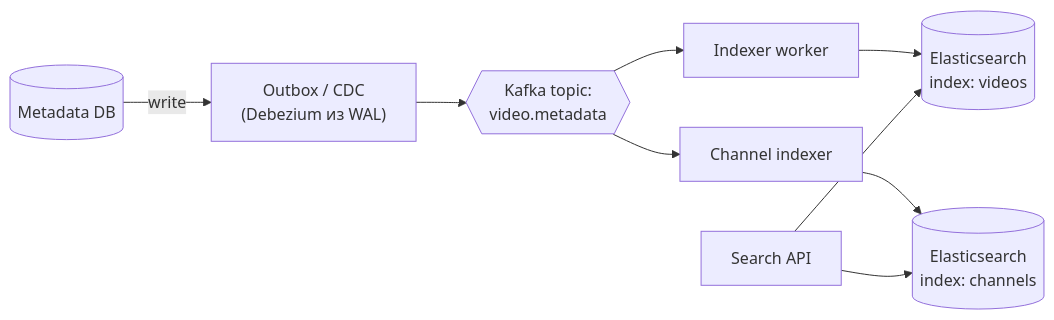
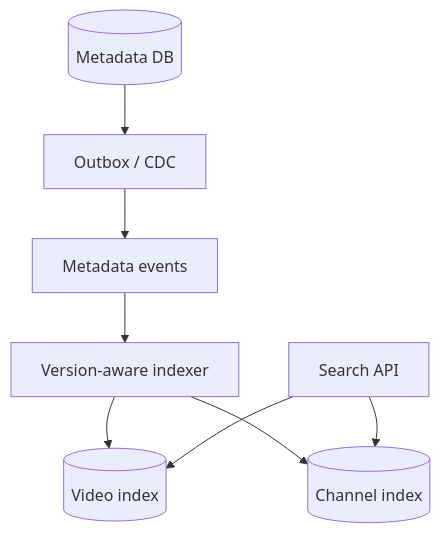
Before and after one commit to AlohaJava/system-design-interview-chamkin: the seventh of 7 diagrams in 02-case-studies/video-streaming.md, drawn with Mermaid. The commit also changed other lines of this file and 49 other files, not shown here.

````diff
--- a/02-case-studies/video-streaming.md
+++ b/02-case-studies/video-streaming.md
@@ -485,11 +458,10 @@
 ```mermaid
-flowchart LR
-    MDB[("Metadata DB")] -- "write" --> OUT["Outbox / CDC<br/>(Debezium из WAL)"]
-    OUT --> Q{{"Kafka topic:<br/>video.metadata"}}
-    Q --> IW["Indexer worker"]
-    IW --> ES[("Elasticsearch<br/>index: videos")]
-    Q --> CW["Channel indexer"]
-    CW --> ES2[("Elasticsearch<br/>index: channels")]
-    CL["Search API"] --> ES
-    CL --> ES2
+flowchart TB
+    DB[("Metadata DB")] --> O["Outbox / CDC"]
+    O --> Q["Metadata events"]
+    Q --> I["Version-aware indexer"]
+    I --> V[("Video index")]
+    I --> C[("Channel index")]
+    A["Search API"] --> V
+    A --> C
 ```
````
